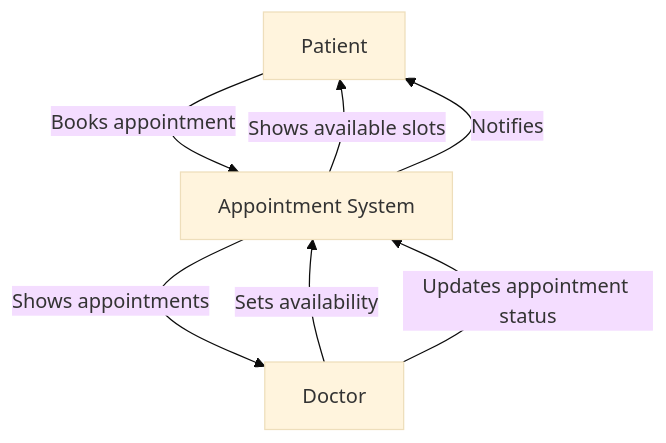
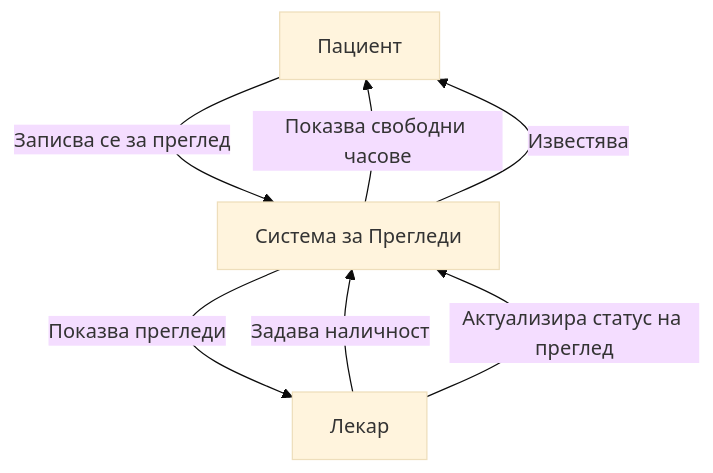
One commit to RadostV/webmedicalscheduler changed the diagram in docs/index.md. Above: the diagram before and after it, drawn with Mermaid (base theme). The commit also changed other lines of this file and 39 other files, not shown here.

````diff
--- a/docs/index.md
+++ b/docs/index.md
@@ -9,9 +9,9 @@
 ```mermaid
 graph TD
-    A[Patient] -->|Books appointment| B[Appointment System]
-    C[Doctor] -->|Sets availability| B
-    B -->|Shows available slots| A
-    B -->|Shows appointments| C
-    C -->|Updates appointment status| B
-    B -->|Notifies| A
+    A[Пациент] -->|Записва се за преглед| B[Система за Прегледи]
+    C[Лекар] -->|Задава наличност| B
+    B -->|Показва свободни часове| A
+    B -->|Показва прегледи| C
+    C -->|Актуализира статус на преглед| B
+    B -->|Известява| A
 ```
````
